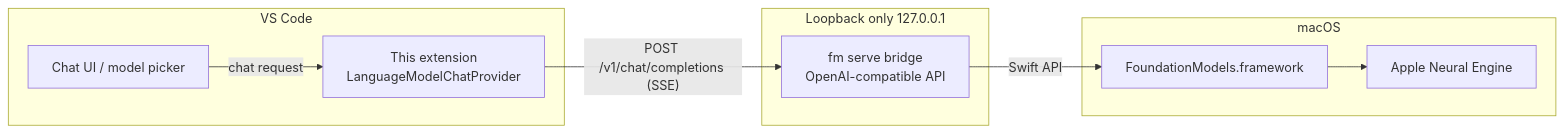
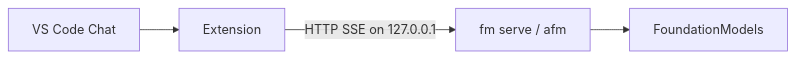
One commit to AwaleSagar/apple-foundation-vscode changed the diagram in README.md. Above: the diagram before and after it, drawn with Mermaid. The commit also changed other lines of this file, not shown here.

````diff
--- a/README.md
+++ b/README.md
@@ -29,19 +75,6 @@
 ```mermaid
 flowchart LR
-    subgraph vscode [VS Code]
-        Chat[Chat UI / model picker]
-        Ext[This extension\nLanguageModelChatProvider]
-    end
-    subgraph bridge [Loopback only 127.0.0.1]
-        FMS[fm serve bridge\nOpenAI-compatible API]
-    end
-    subgraph apple [macOS]
-        FM[FoundationModels.framework]
-        ANE[Apple Neural Engine]
-    end
-
-    Chat -->|chat request| Ext
-    Ext -->|"POST /v1/chat/completions (SSE)"| FMS
-    FMS -->|Swift API| FM
-    FM --> ANE
+  Chat[VS Code Chat] --> Ext[Extension]
+  Ext -->|HTTP SSE on 127.0.0.1| Bridge["fm serve / afm"]
+  Bridge --> FM[FoundationModels]
 ```
````
